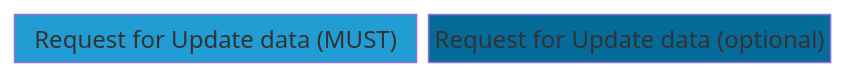
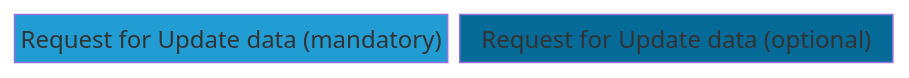
One commit to eclipse-tractusx/eclipse-tractusx.github.io changed the sixth of 12 diagrams in docs-kits/kits/DCM-Kit/page_development-view.md. Above: the diagram before and after it, drawn with Mermaid. The commit also changed other lines of this file, not shown here.

````diff
--- a/docs-kits/kits/DCM-Kit/page_development-view.md
+++ b/docs-kits/kits/DCM-Kit/page_development-view.md
@@ -252,5 +268,5 @@
 ```mermaid
 block-beta
-A["Request for Update data (MUST)"] style A fill:#219dd4,color:#F4F2F3
+A["Request for Update data (mandatory)"] style A fill:#219dd4,color:#000000
 B["Request for Update data (optional)"] style B fill:#046b99,color:#F4F2F3
 ```
````
